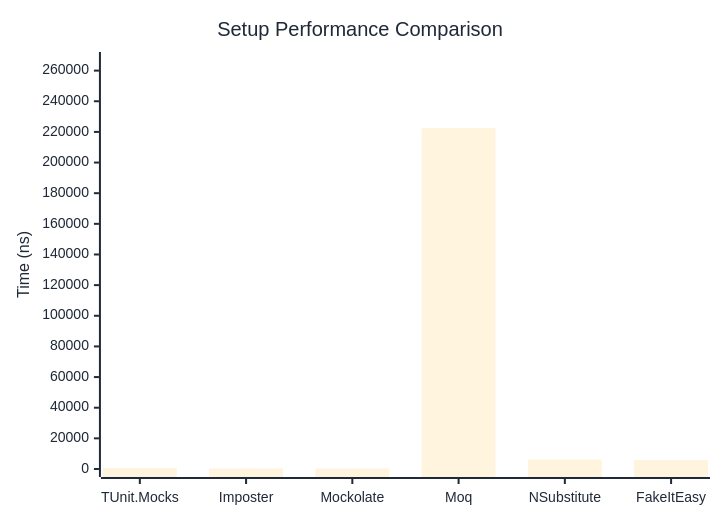
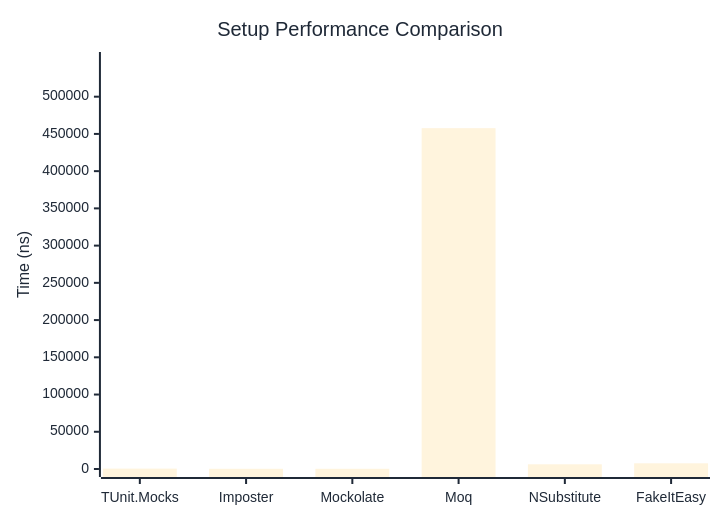
Before and after one commit to thomhurst/TUnit: the first of 2 diagrams in docs/docs/benchmarks/mocks/Setup.md, drawn with Mermaid. The commit also changed other lines of this file and 14 other files, not shown here.

````diff
--- a/docs/docs/benchmarks/mocks/Setup.md
+++ b/docs/docs/benchmarks/mocks/Setup.md
@@ -30,27 +30,27 @@
 ```mermaid
 %%{init: {
   'theme':'base',
   'themeVariables': {
     'primaryColor': '#2563eb',
     'primaryTextColor': '#1f2937',
     'primaryBorderColor': '#1e40af',
     'lineColor': '#6b7280',
     'secondaryColor': '#7c3aed',
     'tertiaryColor': '#dc2626',
     'background': '#ffffff',
     'pie1': '#2563eb',
     'pie2': '#7c3aed',
     'pie3': '#dc2626',
     'pie4': '#f59e0b',
     'pie5': '#10b981',
     'pie6': '#06b6d4',
     'pie7': '#ec4899',
     'pie8': '#6366f1'
   }
 }}%%
 xychart-beta
   title "Setup Performance Comparison"
   x-axis ["TUnit.Mocks", "Imposter", "Mockolate", "Moq", "NSubstitute", "FakeItEasy"]
-  y-axis "Time (ns)" 0 --> 266927
-  bar [638.3, 370.8, 375.9, 222438.9, 6137.7, 5904.9]
+  y-axis "Time (ns)" 0 --> 549273
+  bar [498.3, 291.3, 291.8, 457727.2, 6314.6, 7643.1]
 ```
````
